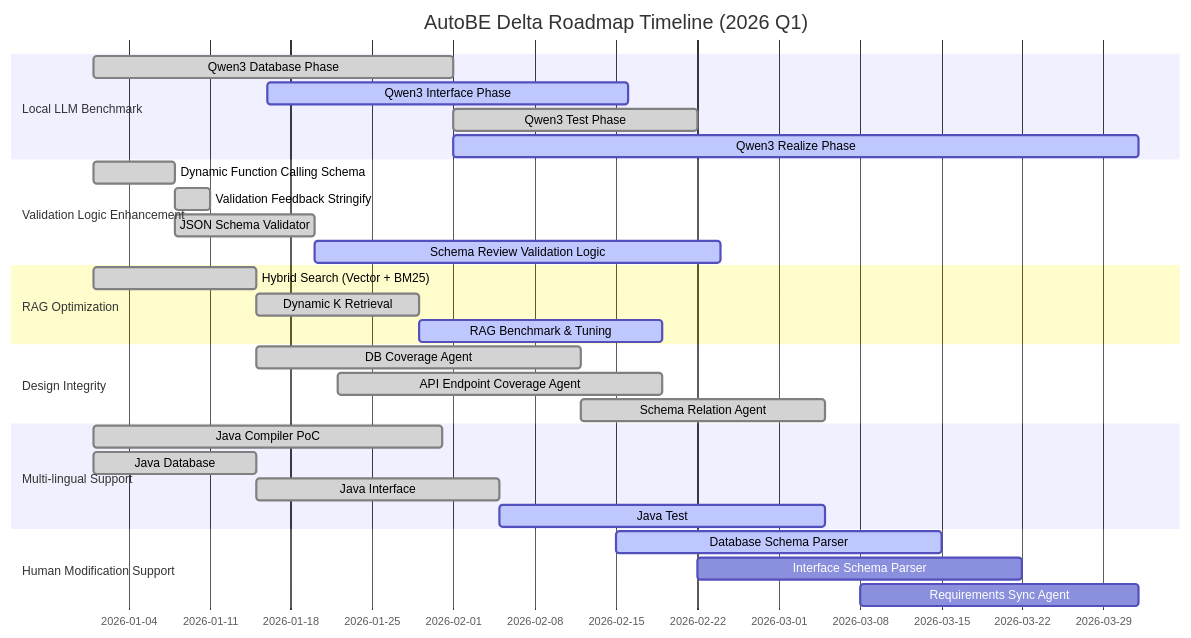
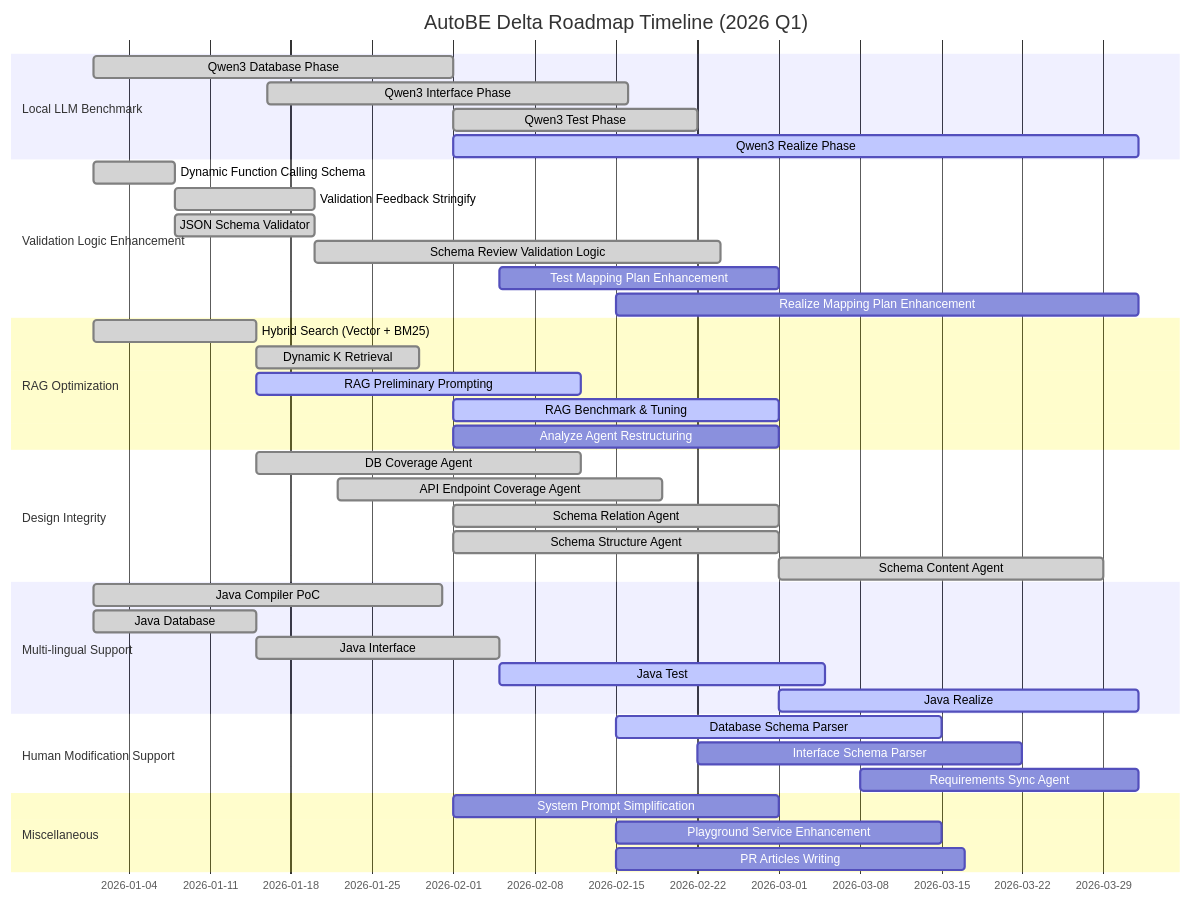
One commit to RavenView-ai/autobe changed the second of 2 diagrams in README.md. Above: the diagram before and after it, drawn with Mermaid. The commit also changed 1 other file, not shown here.

Commit message:
feat(website): delta raodmap diagram (#999)
* feat(website): delta raodmap diagram

* Update README.md

* Update website/src/template/diagrams/AutoBeDeltaRoadmap.mdx

---------

````diff
--- a/README.md
+++ b/README.md
@@ -176,38 +176,50 @@
 ```mermaid
 gantt
   dateFormat YYYY-MM-DD
   title AutoBE Delta Roadmap Timeline (2026 Q1)
 
   section Local LLM Benchmark
-  Qwen3 Database Phase             : done,   2026-01-01, 31d
-  Qwen3 Interface Phase            : active, 2026-01-16, 31d
-  Qwen3 Test Phase                 : done,   2026-02-01, 21d
-  Qwen3 Realize Phase              : active, 2026-02-01, 59d
+  Qwen3 Database Phase             : done,    2026-01-01, 31d
+  Qwen3 Interface Phase            : done,    2026-01-16, 31d
+  Qwen3 Test Phase                 : done,    2026-02-01, 21d
+  Qwen3 Realize Phase              : active,  2026-02-01, 59d
 
   section Validation Logic Enhancement
-  Dynamic Function Calling Schema  : done,   2026-01-01, 7d
-  Validation Feedback Stringify    : done,   2026-01-08, 3d
-  JSON Schema Validator            : done,   2026-01-08, 12d
-  Schema Review Validation Logic   : active, 2026-01-20, 35d
+  Dynamic Function Calling Schema  : done,    2026-01-01, 7d
+  Validation Feedback Stringify    : done,    2026-01-08, 12d
+  JSON Schema Validator            : done,    2026-01-08, 12d
+  Schema Review Validation Logic   : done,    2026-01-20, 35d
+  Test Mapping Plan Enhancement    : planned, 2026-02-05, 24d
+  Realize Mapping Plan Enhancement : planned, 2026-02-15, 45d
 
   section RAG Optimization
   Hybrid Search (Vector + BM25)    : done,    2026-01-01, 14d
   Dynamic K Retrieval              : done,    2026-01-15, 14d
-  RAG Benchmark & Tuning           : active,  2026-01-29, 21d
+  RAG Preliminary Prompting        : active,  2026-01-15, 28d
+  RAG Benchmark & Tuning           : active,  2026-02-01, 28d
+  Analyze Agent Restructuring      : planned, 2026-02-01, 28d
 
   section Design Integrity
-  DB Coverage Agent                : done, 2026-01-15, 28d
-  API Endpoint Coverage Agent      : done, 2026-01-22, 28d
-  Schema Relation Agent            : done, 2026-02-12, 21d
+  DB Coverage Agent                : done,    2026-01-15, 28d
+  API Endpoint Coverage Agent      : done,    2026-01-22, 28d
+  Schema Relation Agent            : done,    2026-02-01, 28d
+  Schema Structure Agent           : done,    2026-02-01, 28d
+  Schema Content Agent             : done,    2026-03-01, 28d
 
   section Multi-lingual Support
   Java Compiler PoC                : done,    2026-01-01, 30d
   Java Database                    : done,    2026-01-01, 14d
   Java Interface                   : done,    2026-01-15, 21d
   Java Test                        : active,  2026-02-05, 28d
+  Java Realize                     : active,  2026-03-01, 31d
 
   section Human Modification Support
   Database Schema Parser           : active,  2026-02-15, 28d
   Interface Schema Parser          : planned, 2026-02-22, 28d
   Requirements Sync Agent          : planned, 2026-03-08, 24d
+
+  section Miscellaneous
+  System Prompt Simplification     : planned, 2026-02-01, 28d
+  Playground Service Enhancement   : planned, 2026-02-15, 28d
+  PR Articles Writing              : planned, 2026-02-15, 30d
 ```
````
